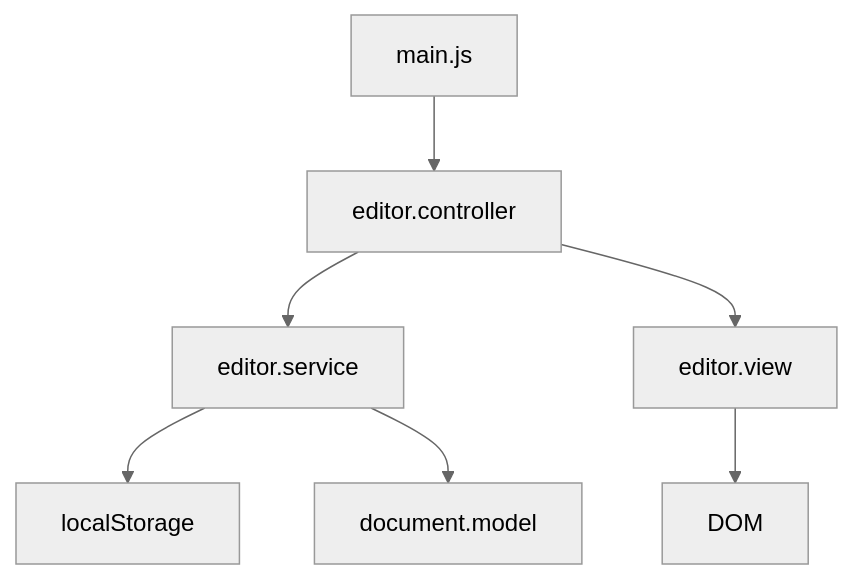
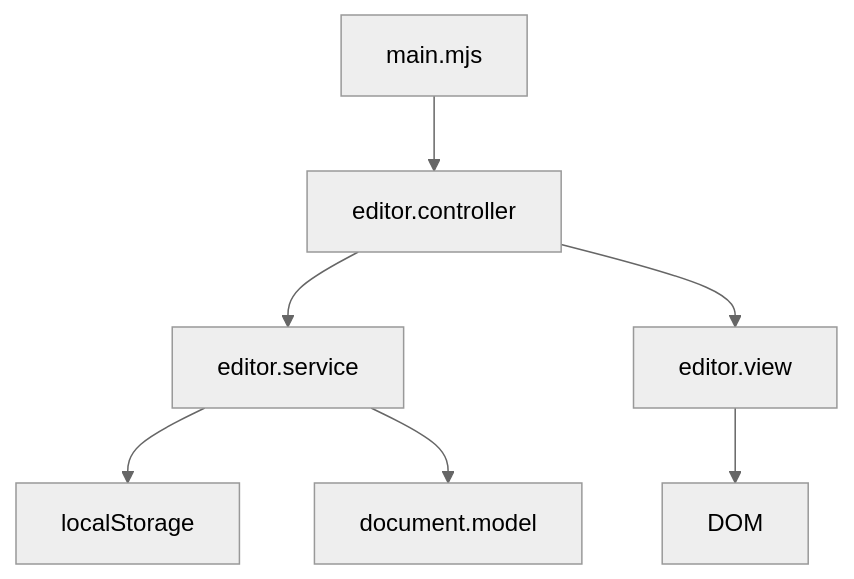
Before and after one commit to 201511065/better-noteApp: the diagram in README.md, drawn with Mermaid (neutral theme).

````diff
--- a/README.md
+++ b/README.md
@@ -18,9 +18,9 @@
 ```mermaid
 graph TD;
-    main.js-->editor.controller;
+    main.mjs-->editor.controller;
     editor.controller-->editor.service;
     editor.controller-->editor.view;
     editor.service-->localStorage;
     editor.service-->document.model;
     editor.view-->DOM;
 ```
````
